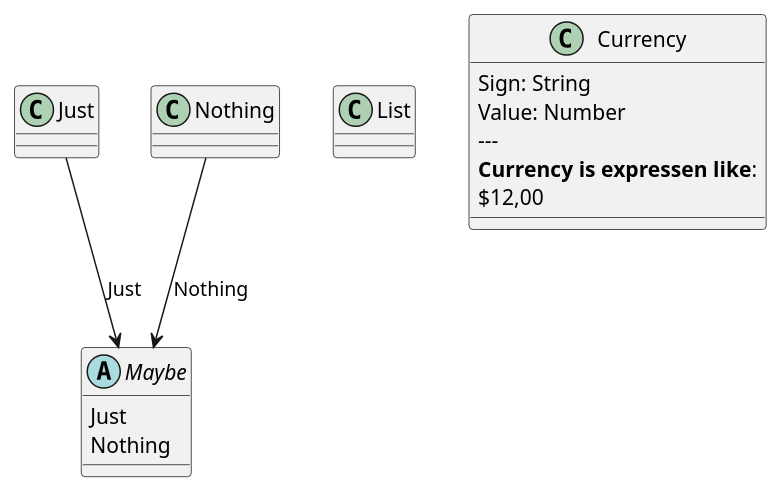
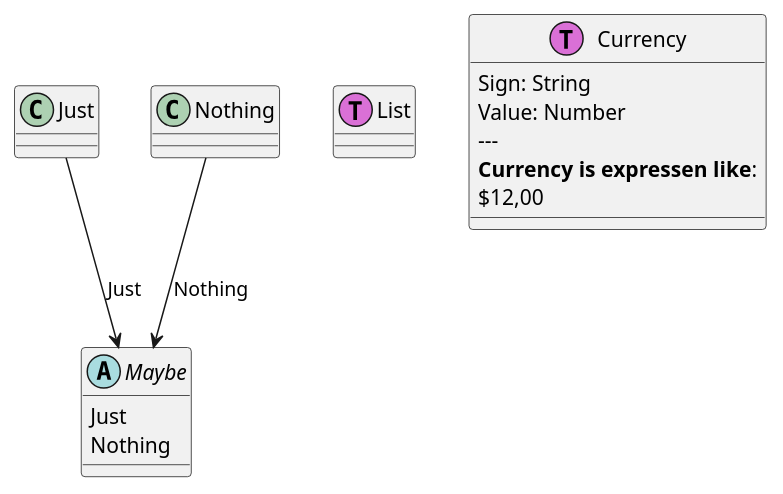
Before and after one commit to Baudin999/car-lang: the diagram in Examples/.out/Prelude/Prelude.puml, drawn with PlantUML. The commit also changed 10 other files, not shown here.

Commit message:
Working on getting the right relationships in the ERD

```diff
--- a/Examples/.out/Prelude/Prelude.puml
+++ b/Examples/.out/Prelude/Prelude.puml
@@ -1,16 +1,16 @@
 abstract Maybe {
 	Just
 	Nothing
 }
 Just --> Maybe : Just
 Nothing --> Maybe : Nothing
-class List {
+class List<< (T,orchid) >> {
 }
-class Currency {
+class Currency<< (T,orchid) >> {
 	Sign: String 
 	Value: Number 
   ---
   <b>Currency is expressen like</b>:
  $12,00
     
 }
```
